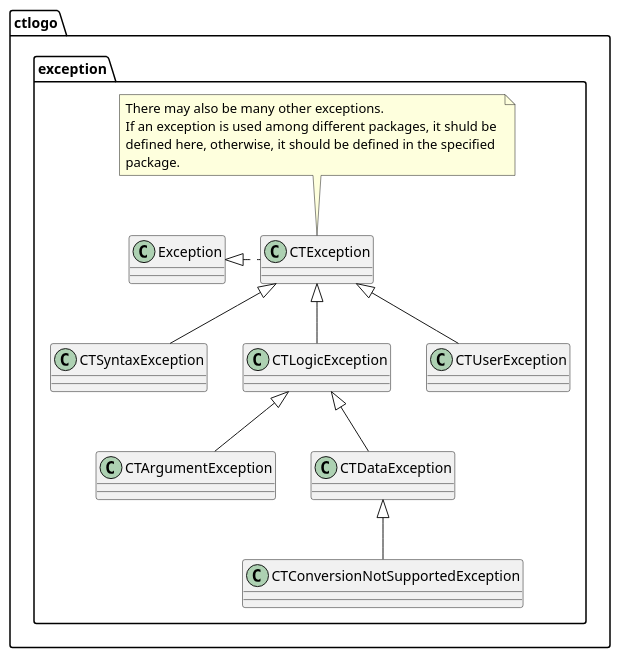
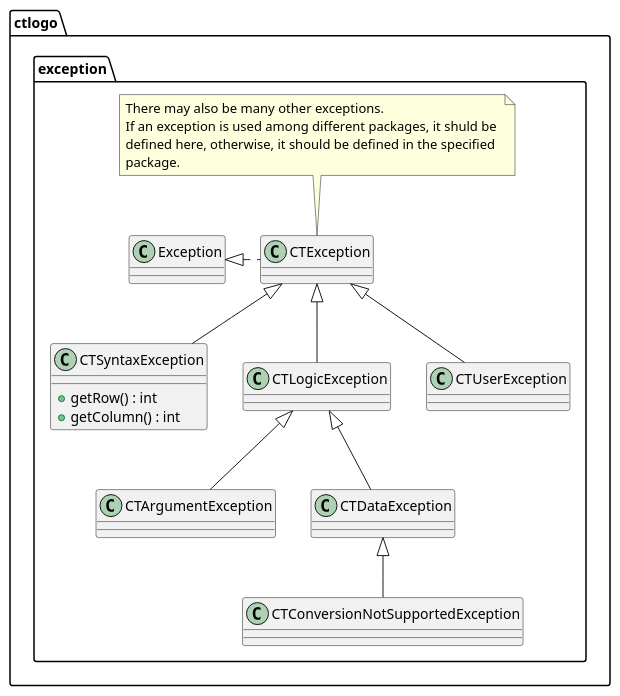
One commit to yangwenbo99/CTLogo changed the second of 4 diagrams in doc/design/overall.md. Above: the diagram before and after it, drawn with PlantUML. The commit also changed other lines of this file and 2 other files, not shown here.

```diff
--- a/doc/design/overall.md
+++ b/doc/design/overall.md
@@ -157,42 +187,44 @@
 @startuml
 package ctlogo.exception {
     Exception <|. CTException 
 
     class CTException {
     }
 
     class CTSyntaxException {
+        + getRow() : int
+        + getColumn() : int
     }
 
     class CTLogicException {
     }
 
     class CTArgumentException {
     }
 
     class CTDataException {
     }
 
     class CTConversionNotSupportedException {
     }
 
     class CTUserException {
     }
 
     CTException <|-- CTSyntaxException
     CTException <|-- CTLogicException
     CTLogicException <|-- CTArgumentException
     CTLogicException <|-- CTDataException
     CTDataException <|-- CTConversionNotSupportedException
     CTException <|-- CTUserException
 
     note as N1 
         There may also be many other exceptions.
         If an exception is used among different packages, it shuld be 
         defined here, otherwise, it should be defined in the specified 
         package.
     end note 
 
     N1 -[hidden]- CTException
 }
 @enduml
```
